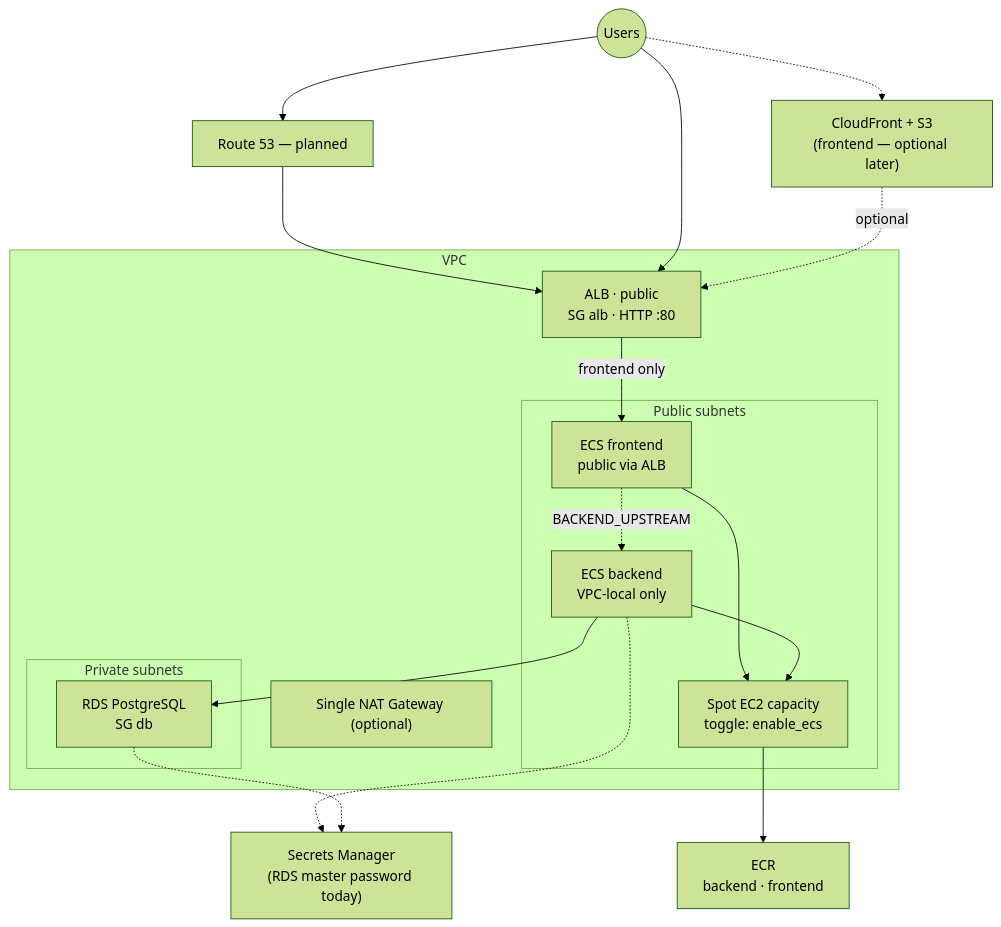
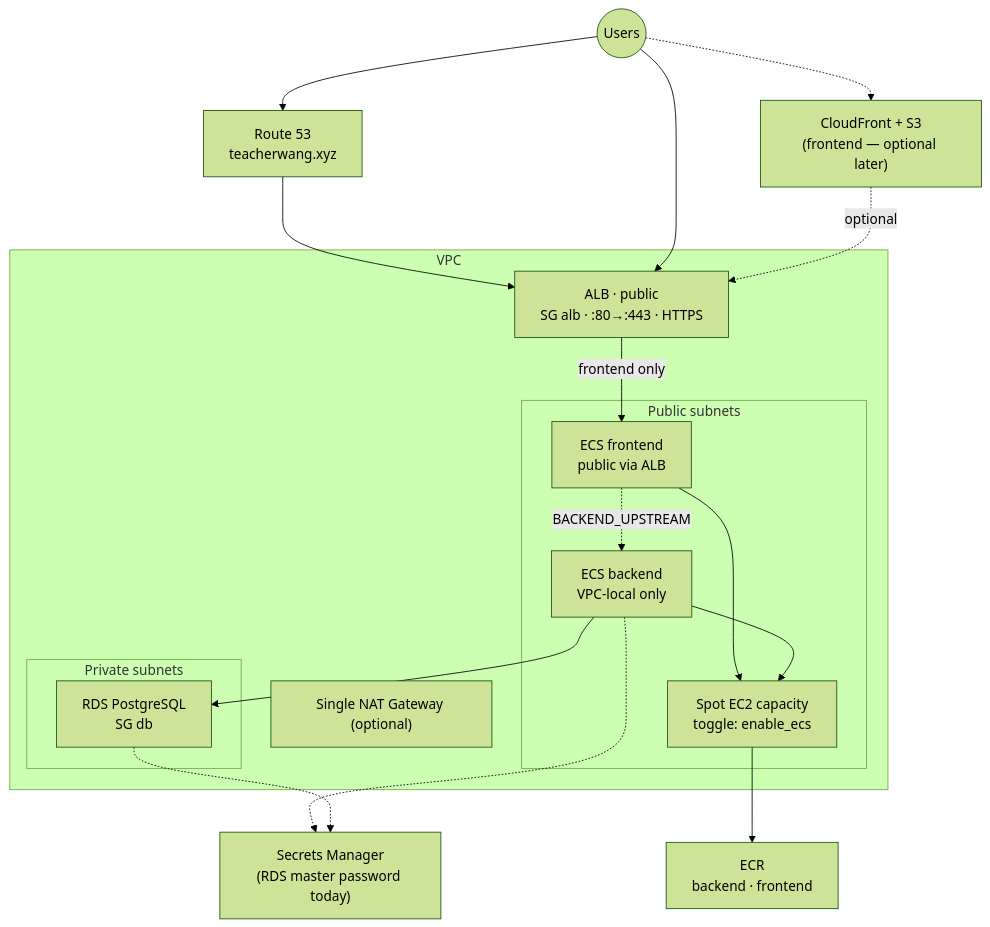
Before and after one commit to mazarsju/teacher-wang-infra: the fifth of 6 diagrams in docs/architecture.md, drawn with Mermaid (forest theme). The commit also changed other lines of this file and 16 other files, not shown here.

Commit message:
add TLS certificates, wiring it to the new custom domain 'teacherwang.xyz'

````diff
--- a/docs/architecture.md
+++ b/docs/architecture.md
@@ -162,41 +173,41 @@
 ```mermaid
 flowchart TB
   Users((Users))
 
   CF["CloudFront + S3<br/>(frontend — optional later)"]
-  R53["Route 53 — planned"]
+  R53["Route 53<br/>teacherwang.xyz"]
 
   Users --> R53
   R53 --> ALB
   Users --> ALB
   Users -.-> CF
 
   subgraph VPC["VPC"]
-    ALB["ALB · public<br/>SG alb · HTTP :80"]
+    ALB["ALB · public<br/>SG alb · :80→:443 · HTTPS"]
 
     subgraph Public["Public subnets"]
       FE["ECS frontend<br/>public via ALB"]
       BE["ECS backend<br/>VPC-local only"]
       ECS["Spot EC2 capacity<br/>toggle: enable_ecs"]
     end
 
     subgraph Private["Private subnets"]
       RDS["RDS PostgreSQL<br/>SG db"]
     end
 
     NAT["Single NAT Gateway (optional)"]
   end
 
   ECR["ECR<br/>backend · frontend"]
   SM["Secrets Manager<br/>(RDS master password today)"]
 
   ALB -->|frontend only| FE
   FE -.->|BACKEND_UPSTREAM| BE
   BE --> RDS
   FE --> ECS
   BE --> ECS
   ECS --> ECR
   BE -.-> SM
   RDS -.-> SM
   CF -.->|optional| ALB
 ```
````
